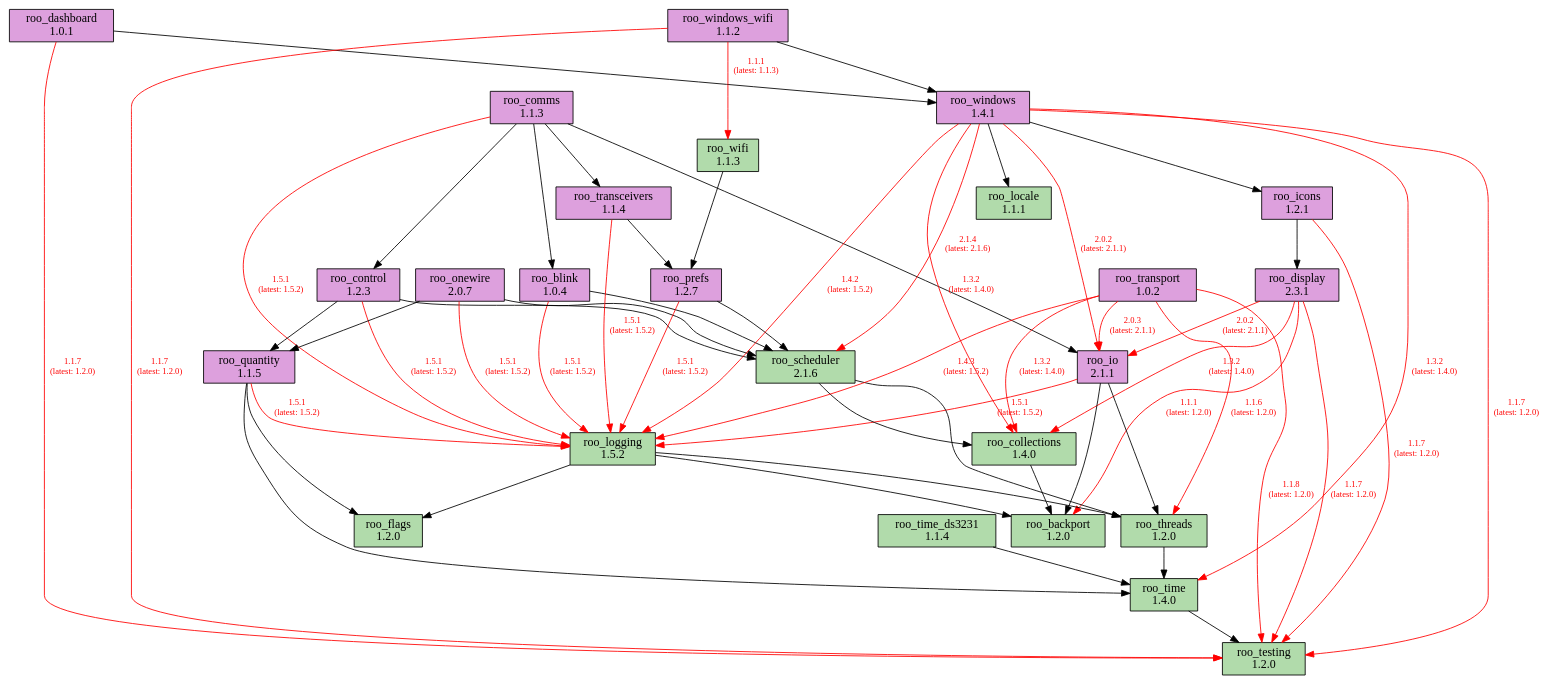
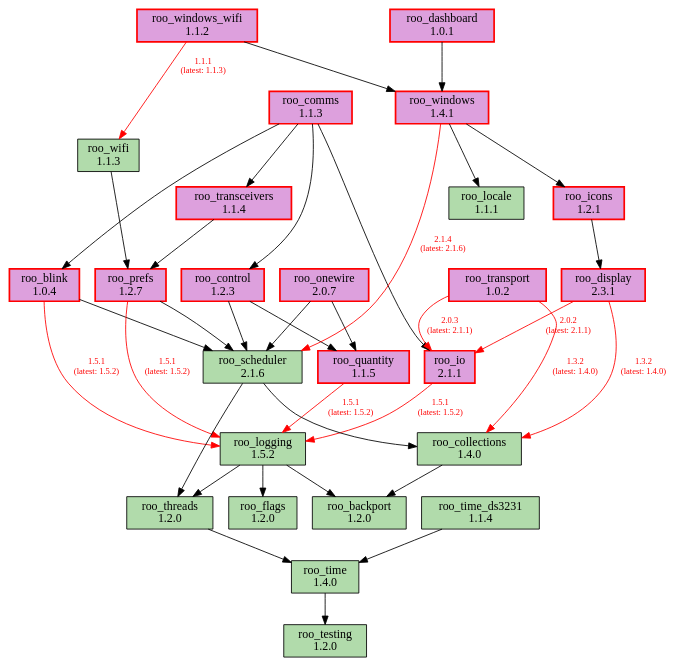
The diagram in doc/dependencies.dot (dejwk/roo-registry), drawn with Graphviz before and after one commit. The commit also changed 2 other files, not shown here.

```diff
--- a/doc/dependencies.dot
+++ b/doc/dependencies.dot
@@ -1,91 +1,70 @@
 digraph dependencies {
     rankdir=TB;
     node [shape=box, style=filled];
     edge [fontsize=10];
 
     // Modules
-    "roo_backport" [label="roo_backport\n1.2.0", fillcolor="#b1dbab"];
-    "roo_blink" [label="roo_blink\n1.0.4", fillcolor="plum"];
-    "roo_collections" [label="roo_collections\n1.4.0", fillcolor="#b1dbab"];
-    "roo_comms" [label="roo_comms\n1.1.3", fillcolor="plum"];
-    "roo_control" [label="roo_control\n1.2.3", fillcolor="plum"];
-    "roo_dashboard" [label="roo_dashboard\n1.0.1", fillcolor="plum"];
-    "roo_display" [label="roo_display\n2.3.1", fillcolor="plum"];
-    "roo_flags" [label="roo_flags\n1.2.0", fillcolor="#b1dbab"];
-    "roo_icons" [label="roo_icons\n1.2.1", fillcolor="plum"];
-    "roo_io" [label="roo_io\n2.1.1", fillcolor="plum"];
-    "roo_locale" [label="roo_locale\n1.1.1", fillcolor="#b1dbab"];
-    "roo_logging" [label="roo_logging\n1.5.2", fillcolor="#b1dbab"];
-    "roo_onewire" [label="roo_onewire\n2.0.7", fillcolor="plum"];
-    "roo_prefs" [label="roo_prefs\n1.2.7", fillcolor="plum"];
-    "roo_quantity" [label="roo_quantity\n1.1.5", fillcolor="plum"];
-    "roo_scheduler" [label="roo_scheduler\n2.1.6", fillcolor="#b1dbab"];
-    "roo_testing" [label="roo_testing\n1.2.0", fillcolor="#b1dbab"];
-    "roo_threads" [label="roo_threads\n1.2.0", fillcolor="#b1dbab"];
-    "roo_time" [label="roo_time\n1.4.0", fillcolor="#b1dbab"];
-    "roo_time_ds3231" [label="roo_time_ds3231\n1.1.4", fillcolor="#b1dbab"];
-    "roo_transceivers" [label="roo_transceivers\n1.1.4", fillcolor="plum"];
-    "roo_transport" [label="roo_transport\n1.0.2", fillcolor="plum"];
-    "roo_wifi" [label="roo_wifi\n1.1.3", fillcolor="#b1dbab"];
-    "roo_windows" [label="roo_windows\n1.4.1", fillcolor="plum"];
-    "roo_windows_wifi" [label="roo_windows_wifi\n1.1.2", fillcolor="plum"];
+    "roo_backport" [label="roo_backport\n1.2.0", fillcolor="#b1dbab", color="black", penwidth="1.0"];
+    "roo_blink" [label="roo_blink\n1.0.4", fillcolor="plum", color="red", penwidth="2.0"];
+    "roo_collections" [label="roo_collections\n1.4.0", fillcolor="#b1dbab", color="black", penwidth="1.0"];
+    "roo_comms" [label="roo_comms\n1.1.3", fillcolor="plum", color="red", penwidth="2.0"];
+    "roo_control" [label="roo_control\n1.2.3", fillcolor="plum", color="red", penwidth="2.0"];
+    "roo_dashboard" [label="roo_dashboard\n1.0.1", fillcolor="plum", color="red", penwidth="2.0"];
+    "roo_display" [label="roo_display\n2.3.1", fillcolor="plum", color="red", penwidth="2.0"];
+    "roo_flags" [label="roo_flags\n1.2.0", fillcolor="#b1dbab", color="black", penwidth="1.0"];
+    "roo_icons" [label="roo_icons\n1.2.1", fillcolor="plum", color="red", penwidth="2.0"];
+    "roo_io" [label="roo_io\n2.1.1", fillcolor="plum", color="red", penwidth="2.0"];
+    "roo_locale" [label="roo_locale\n1.1.1", fillcolor="#b1dbab", color="black", penwidth="1.0"];
+    "roo_logging" [label="roo_logging\n1.5.2", fillcolor="#b1dbab", color="black", penwidth="1.0"];
+    "roo_onewire" [label="roo_onewire\n2.0.7", fillcolor="plum", color="red", penwidth="2.0"];
+    "roo_prefs" [label="roo_prefs\n1.2.7", fillcolor="plum", color="red", penwidth="2.0"];
+    "roo_quantity" [label="roo_quantity\n1.1.5", fillcolor="plum", color="red", penwidth="2.0"];
+    "roo_scheduler" [label="roo_scheduler\n2.1.6", fillcolor="#b1dbab", color="black", penwidth="1.0"];
+    "roo_testing" [label="roo_testing\n1.2.0", fillcolor="#b1dbab", color="black", penwidth="1.0"];
+    "roo_threads" [label="roo_threads\n1.2.0", fillcolor="#b1dbab", color="black", penwidth="1.0"];
+    "roo_time" [label="roo_time\n1.4.0", fillcolor="#b1dbab", color="black", penwidth="1.0"];
+    "roo_time_ds3231" [label="roo_time_ds3231\n1.1.4", fillcolor="#b1dbab", color="black", penwidth="1.0"];
+    "roo_transceivers" [label="roo_transceivers\n1.1.4", fillcolor="plum", color="red", penwidth="2.0"];
+    "roo_transport" [label="roo_transport\n1.0.2", fillcolor="plum", color="red", penwidth="2.0"];
+    "roo_wifi" [label="roo_wifi\n1.1.3", fillcolor="#b1dbab", color="black", penwidth="1.0"];
+    "roo_windows" [label="roo_windows\n1.4.1", fillcolor="plum", color="red", penwidth="2.0"];
+    "roo_windows_wifi" [label="roo_windows_wifi\n1.1.2", fillcolor="plum", color="red", penwidth="2.0"];
 
     // Dependencies
     "roo_blink" -> "roo_logging" [color=red, fontcolor=red, label="1.5.1\n(latest: 1.5.2)"];
     "roo_blink" -> "roo_scheduler";
     "roo_collections" -> "roo_backport";
     "roo_comms" -> "roo_blink";
     "roo_comms" -> "roo_control";
     "roo_comms" -> "roo_io";
-    "roo_comms" -> "roo_logging" [color=red, fontcolor=red, label="1.5.1\n(latest: 1.5.2)"];
     "roo_comms" -> "roo_transceivers";
-    "roo_control" -> "roo_logging" [color=red, fontcolor=red, label="1.5.1\n(latest: 1.5.2)"];
     "roo_control" -> "roo_quantity";
     "roo_control" -> "roo_scheduler";
-    "roo_dashboard" -> "roo_testing" [color=red, fontcolor=red, label="1.1.7\n(latest: 1.2.0)"];
     "roo_dashboard" -> "roo_windows";
-    "roo_display" -> "roo_testing" [color=red, fontcolor=red, label="1.1.7\n(latest: 1.2.0)"];
-    "roo_display" -> "roo_backport" [color=red, fontcolor=red, label="1.1.1\n(latest: 1.2.0)"];
     "roo_display" -> "roo_collections" [color=red, fontcolor=red, label="1.3.2\n(latest: 1.4.0)"];
     "roo_display" -> "roo_io" [color=red, fontcolor=red, label="2.0.2\n(latest: 2.1.1)"];
-    "roo_icons" -> "roo_testing" [color=red, fontcolor=red, label="1.1.7\n(latest: 1.2.0)"];
     "roo_icons" -> "roo_display";
-    "roo_io" -> "roo_backport";
     "roo_io" -> "roo_logging" [color=red, fontcolor=red, label="1.5.1\n(latest: 1.5.2)"];
-    "roo_io" -> "roo_threads";
     "roo_logging" -> "roo_backport";
     "roo_logging" -> "roo_flags";
     "roo_logging" -> "roo_threads";
-    "roo_onewire" -> "roo_logging" [color=red, fontcolor=red, label="1.5.1\n(latest: 1.5.2)"];
     "roo_onewire" -> "roo_scheduler";
     "roo_onewire" -> "roo_quantity";
     "roo_prefs" -> "roo_logging" [color=red, fontcolor=red, label="1.5.1\n(latest: 1.5.2)"];
     "roo_prefs" -> "roo_scheduler";
-    "roo_quantity" -> "roo_flags";
     "roo_quantity" -> "roo_logging" [color=red, fontcolor=red, label="1.5.1\n(latest: 1.5.2)"];
-    "roo_quantity" -> "roo_time";
     "roo_scheduler" -> "roo_collections";
     "roo_scheduler" -> "roo_threads";
     "roo_threads" -> "roo_time";
     "roo_time" -> "roo_testing";
     "roo_time_ds3231" -> "roo_time";
-    "roo_transceivers" -> "roo_logging" [color=red, fontcolor=red, label="1.5.1\n(latest: 1.5.2)"];
     "roo_transceivers" -> "roo_prefs";
-    "roo_transport" -> "roo_testing" [color=red, fontcolor=red, label="1.1.8\n(latest: 1.2.0)"];
     "roo_transport" -> "roo_collections" [color=red, fontcolor=red, label="1.3.2\n(latest: 1.4.0)"];
     "roo_transport" -> "roo_io" [color=red, fontcolor=red, label="2.0.3\n(latest: 2.1.1)"];
-    "roo_transport" -> "roo_logging" [color=red, fontcolor=red, label="1.4.3\n(latest: 1.5.2)"];
-    "roo_transport" -> "roo_threads" [color=red, fontcolor=red, label="1.1.6\n(latest: 1.2.0)"];
     "roo_wifi" -> "roo_prefs";
-    "roo_windows" -> "roo_testing" [color=red, fontcolor=red, label="1.1.7\n(latest: 1.2.0)"];
-    "roo_windows" -> "roo_collections" [color=red, fontcolor=red, label="1.3.2\n(latest: 1.4.0)"];
     "roo_windows" -> "roo_locale";
-    "roo_windows" -> "roo_logging" [color=red, fontcolor=red, label="1.4.2\n(latest: 1.5.2)"];
     "roo_windows" -> "roo_icons";
-    "roo_windows" -> "roo_io" [color=red, fontcolor=red, label="2.0.2\n(latest: 2.1.1)"];
     "roo_windows" -> "roo_scheduler" [color=red, fontcolor=red, label="2.1.4\n(latest: 2.1.6)"];
-    "roo_windows" -> "roo_time" [color=red, fontcolor=red, label="1.3.2\n(latest: 1.4.0)"];
-    "roo_windows_wifi" -> "roo_testing" [color=red, fontcolor=red, label="1.1.7\n(latest: 1.2.0)"];
     "roo_windows_wifi" -> "roo_wifi" [color=red, fontcolor=red, label="1.1.1\n(latest: 1.1.3)"];
     "roo_windows_wifi" -> "roo_windows";
 }
```
